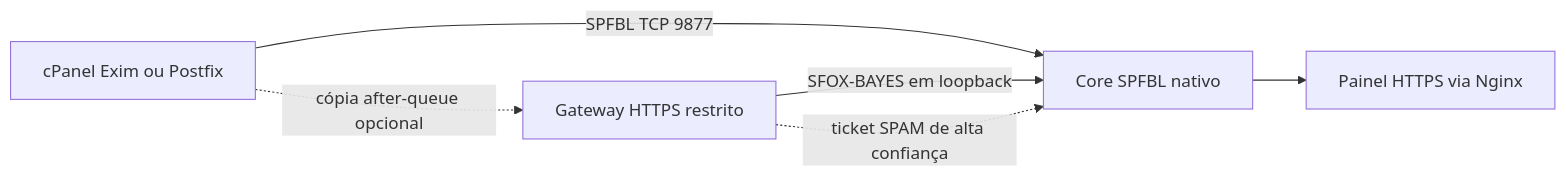
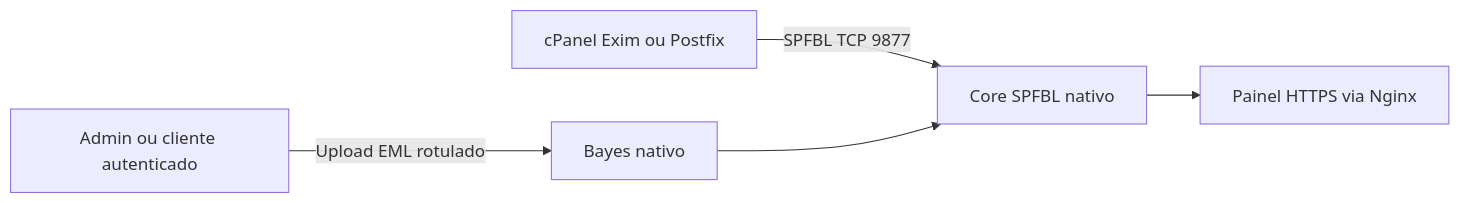
The diagram in docs/ARCHITECTURE.md (dgicloud/SPFBL), drawn with Mermaid before and after one commit. The commit also changed other lines of this file and 93 other files, not shown here.

````diff
--- a/docs/ARCHITECTURE.md
+++ b/docs/ARCHITECTURE.md
@@ -3,8 +3,7 @@
 ```mermaid
 flowchart LR
   MTA[cPanel Exim ou Postfix] -->|SPFBL TCP 9877| Core[Core SPFBL nativo]
-  MTA -. cópia after-queue opcional .-> Gateway[Gateway HTTPS restrito]
-  Gateway -->|SFOX-BAYES em loopback| Core
-  Gateway -. ticket SPAM de alta confiança .-> Core
+  Admin[Admin ou cliente autenticado] -->|Upload EML rotulado| Bayes[Bayes nativo]
+  Bayes --> Core
   Core --> Panel[Painel HTTPS via Nginx]
 ```
````
